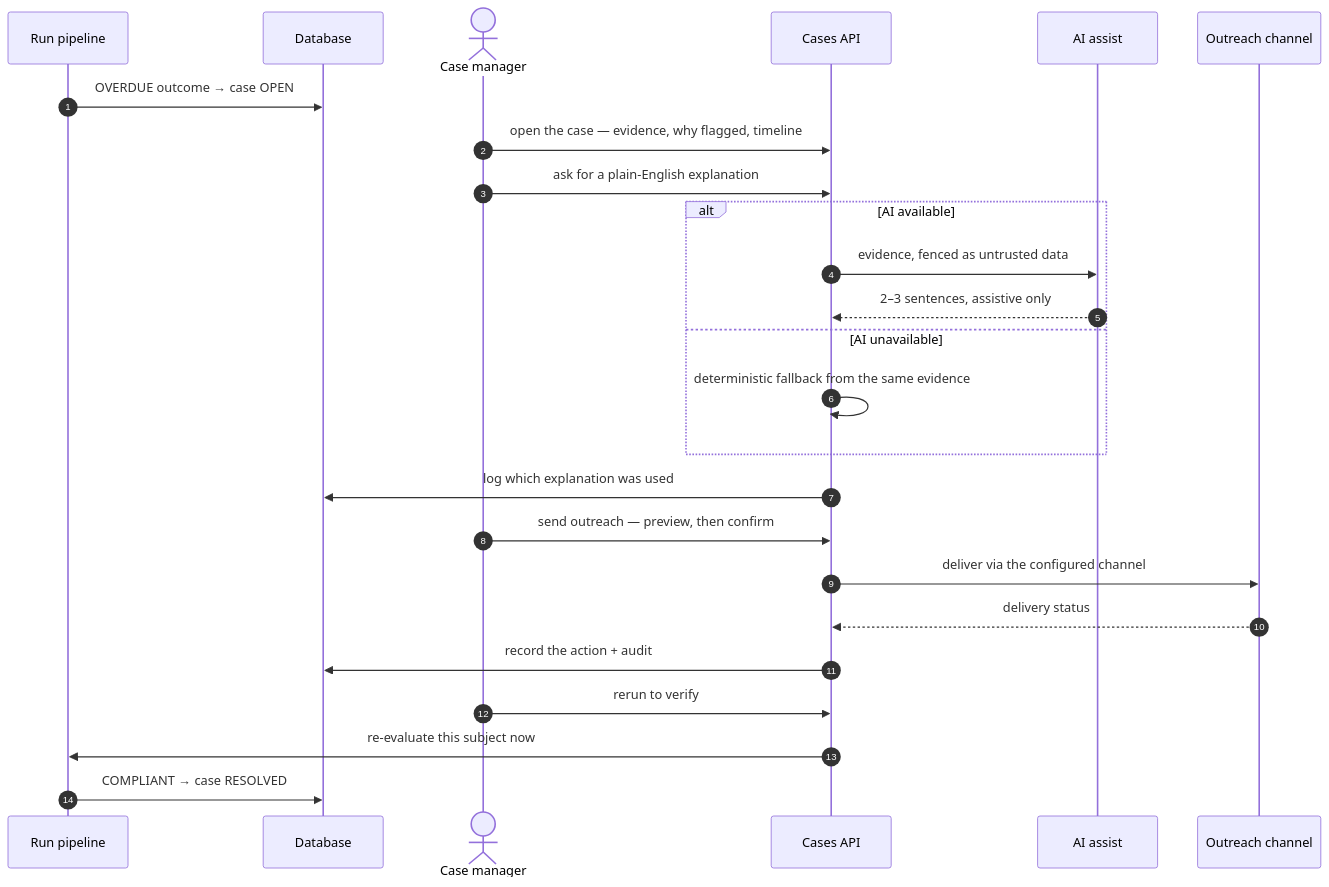
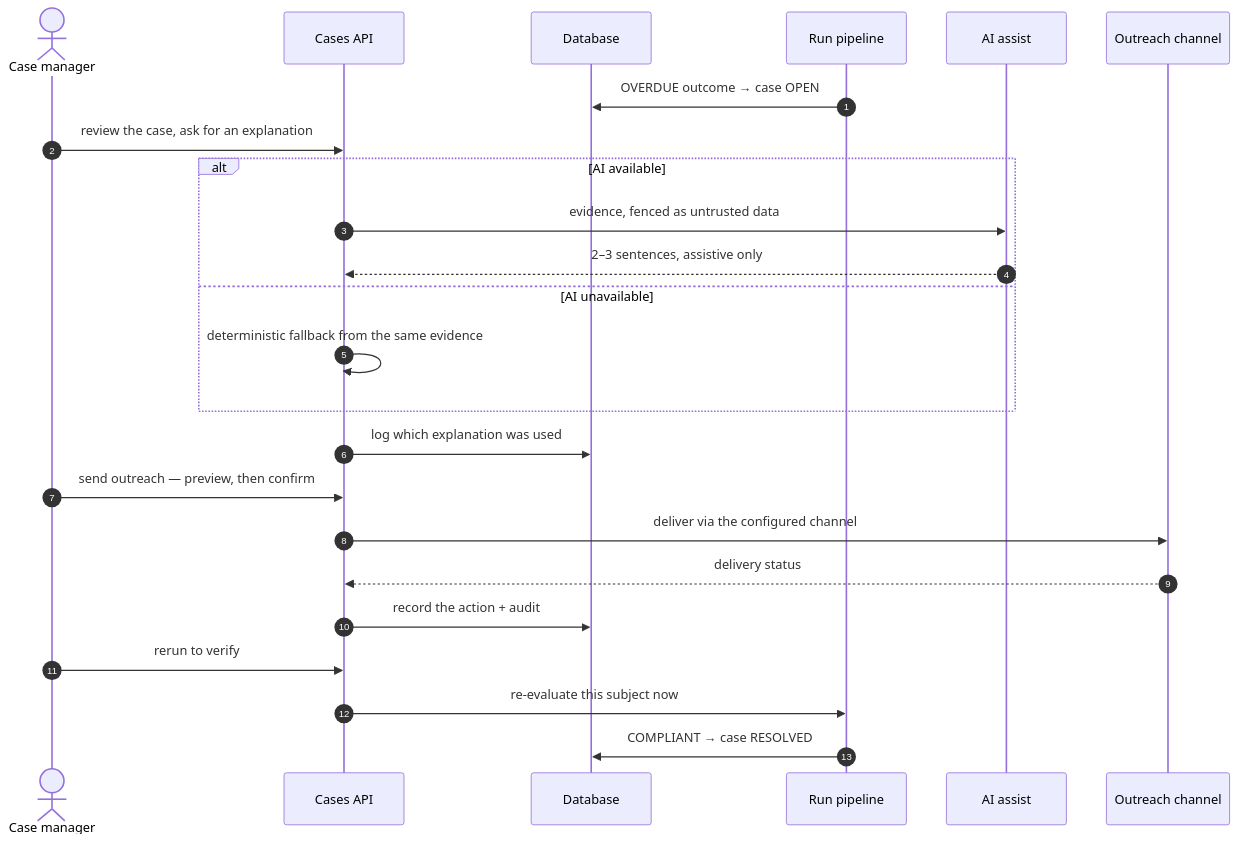
Before and after one commit to Taleef7/workwell: the third of 6 diagrams in docs/guide/10-scenarios.md, drawn with Mermaid. The commit also changed other lines of this file, not shown here.

````diff
--- a/docs/guide/10-scenarios.md
+++ b/docs/guide/10-scenarios.md
@@ -147,27 +182,26 @@
 ```mermaid
 sequenceDiagram
   autonumber
-  participant Pipe as Run pipeline
-  participant DB as Database
   actor CM as Case manager
   participant API as Cases API
+  participant DB as Database
+  participant Pipe as Run pipeline
   participant AI as AI assist
   participant Ch as Outreach channel
   Pipe->>DB: OVERDUE outcome → case OPEN
-  CM->>API: open the case — evidence, why flagged, timeline
-  CM->>API: ask for a plain-English explanation
+  CM->>API: review the case, ask for an explanation
   alt AI available
     API->>AI: evidence, fenced as untrusted data
     AI-->>API: 2–3 sentences, assistive only
   else AI unavailable
     API->>API: deterministic fallback from the same evidence
   end
   API->>DB: log which explanation was used
   CM->>API: send outreach — preview, then confirm
   API->>Ch: deliver via the configured channel
   Ch-->>API: delivery status
   API->>DB: record the action + audit
   CM->>API: rerun to verify
   API->>Pipe: re-evaluate this subject now
   Pipe->>DB: COMPLIANT → case RESOLVED
 ```
````
